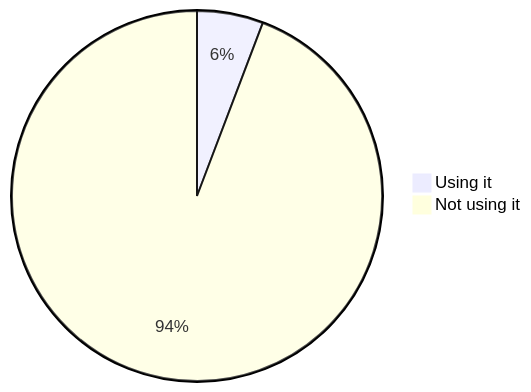
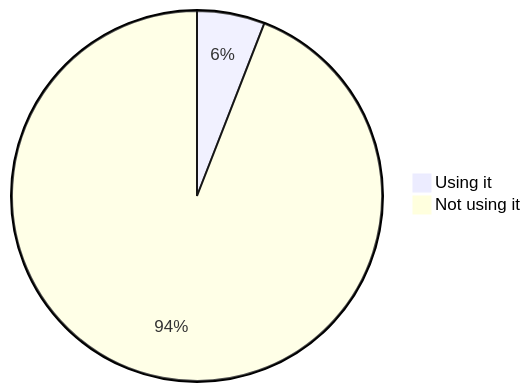
The seventh of 22 diagrams in stats.md (oshp/oshp-stats), drawn with Mermaid before and after one commit. The commit also changed other lines of this file, not shown here.

````diff
--- a/stats.md
+++ b/stats.md
@@ -82,6 +82,6 @@
 ```mermaid
 pie
-	"Using it" : 5.78
-	"Not using it" : 94.22
+	"Using it" : 5.92
+	"Not using it" : 94.08
 
 ```
````
